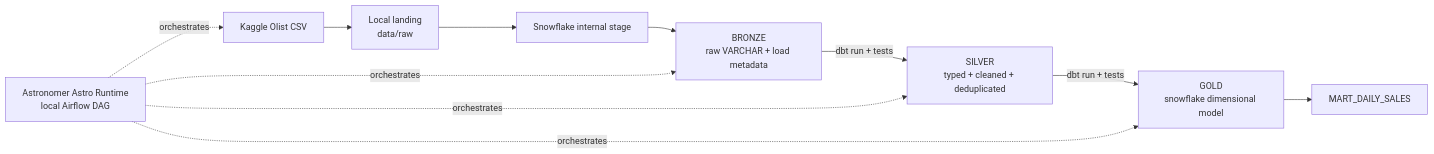
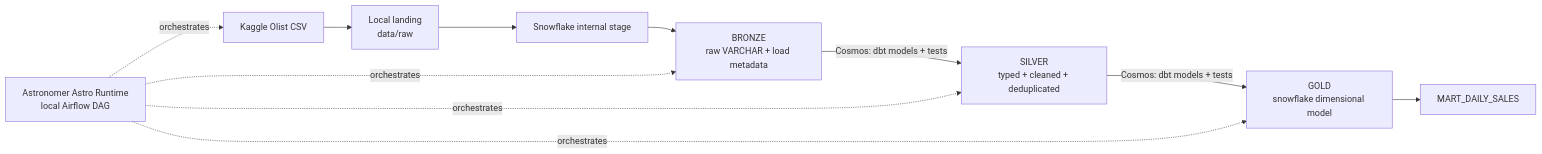
Before and after one commit to aChubenko/olist_sf: the first of 2 diagrams in README.md, drawn with Mermaid. The commit also changed other lines of this file and 8 other files, not shown here.

````diff
--- a/README.md
+++ b/README.md
@@ -7,14 +7,14 @@
 ```mermaid
 flowchart LR
     A[Kaggle Olist CSV] --> B[Local landing<br/>data/raw]
     B --> C[Snowflake internal stage]
     C --> D[BRONZE<br/>raw VARCHAR + load metadata]
-    D -->|dbt run + tests| E[SILVER<br/>typed + cleaned + deduplicated]
-    E -->|dbt run + tests| F[GOLD<br/>snowflake dimensional model]
+    D -->|Cosmos: dbt models + tests| E[SILVER<br/>typed + cleaned + deduplicated]
+    E -->|Cosmos: dbt models + tests| F[GOLD<br/>snowflake dimensional model]
     F --> G[MART_DAILY_SALES]
 
     AF[Astronomer Astro Runtime<br/>local Airflow DAG] -.orchestrates.-> A
     AF -.orchestrates.-> D
     AF -.orchestrates.-> E
     AF -.orchestrates.-> F
 ```
````
